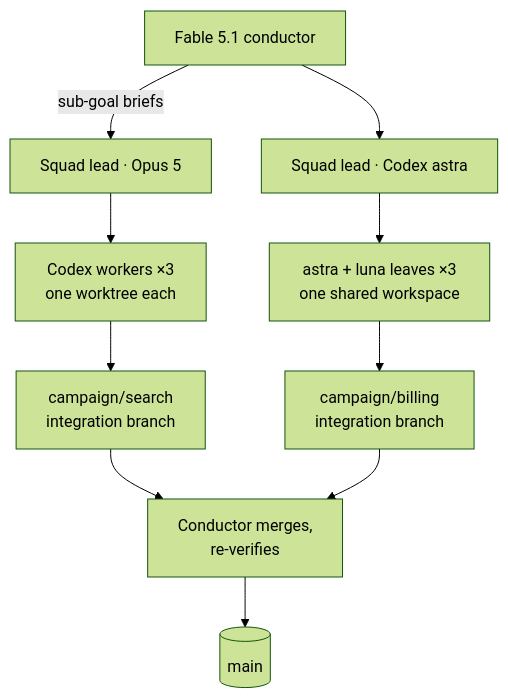
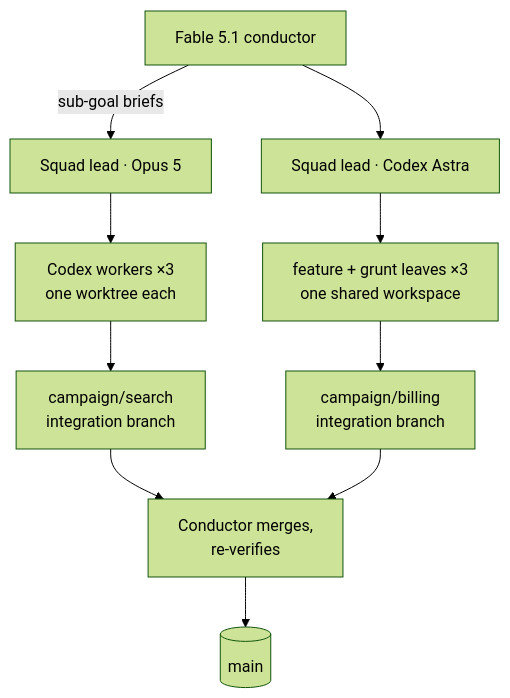
Before and after one commit to jvogan/a-fable-of-codexes: the diagram in README.md, drawn with Mermaid (forest theme). The commit also changed other lines of this file and 12 other files, not shown here.

First line of the commit message:
Astra-centric roster: feature, critic, and grunt roles replace astra, terra, luna, sol

````diff
--- a/README.md
+++ b/README.md
@@ -102,12 +104,12 @@
 ```mermaid
 flowchart TD
     C[Fable 5.1 conductor] -->|sub-goal briefs| S1[Squad lead · Opus 5]
-    C --> S2[Squad lead · Codex astra]
+    C --> S2[Squad lead · Codex Astra]
     S1 --> A["Codex workers ×3<br>one worktree each"]
-    S2 --> B["astra + luna leaves ×3<br>one shared workspace"]
+    S2 --> B["feature + grunt leaves ×3<br>one shared workspace"]
     A --> I1[campaign/search<br>integration branch]
     B --> I2[campaign/billing<br>integration branch]
     I1 --> V[Conductor merges,<br>re-verifies]
     I2 --> V
     V --> M[(main)]
 ```
````
